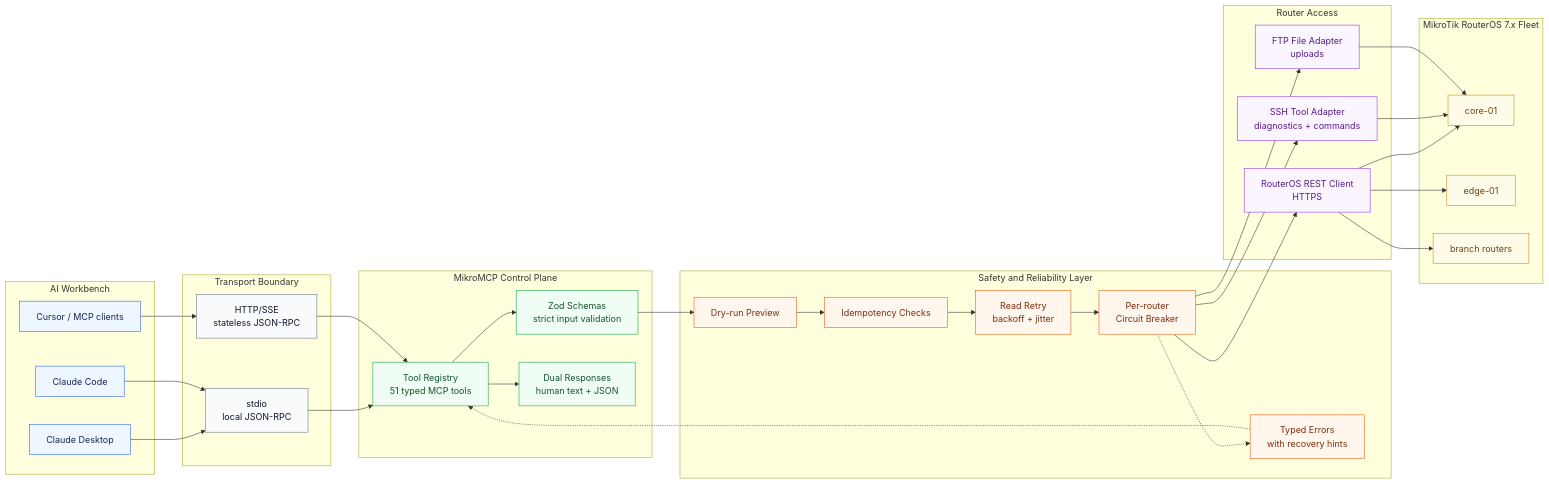
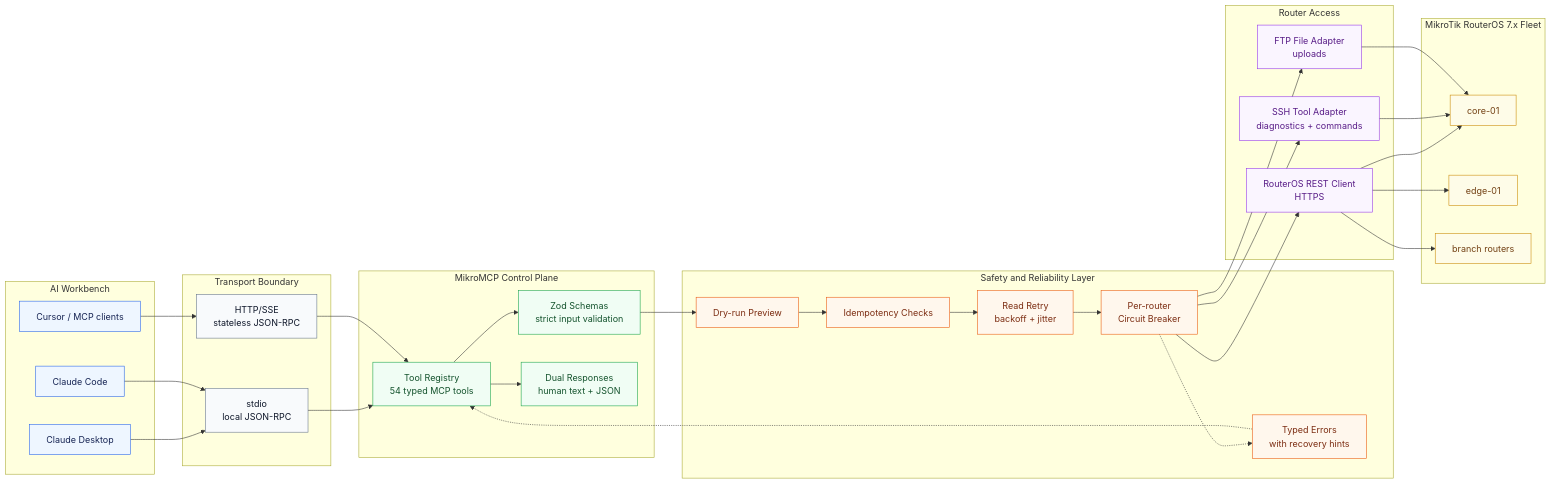
Before and after one commit to AliKarami/MikroMCP: the first of 3 diagrams in README.md, drawn with Mermaid. The commit also changed other lines of this file and 2 other files, not shown here.

Commit message:
feat(v0.8): wire change-management tools into allTools; flip v0.8 ✅ in docs

````diff
--- a/README.md
+++ b/README.md
@@ -50,70 +50,70 @@
 ```mermaid
 flowchart LR
     subgraph Workbench["AI Workbench"]
         ClaudeDesktop["Claude Desktop"]
         ClaudeCode["Claude Code"]
         Cursor["Cursor / MCP clients"]
     end
 
     subgraph Transport["Transport Boundary"]
         Stdio["stdio<br/>local JSON-RPC"]
         Http["HTTP/SSE<br/>stateless JSON-RPC"]
     end
 
     subgraph MikroMCP["MikroMCP Control Plane"]
-        Registry["Tool Registry<br/>51 typed MCP tools"]
+        Registry["Tool Registry<br/>54 typed MCP tools"]
         Schemas["Zod Schemas<br/>strict input validation"]
         Formatter["Dual Responses<br/>human text + JSON"]
     end
 
     subgraph Safety["Safety and Reliability Layer"]
         DryRun["Dry-run Preview"]
         Idempotency["Idempotency Checks"]
         Retry["Read Retry<br/>backoff + jitter"]
         Breaker["Per-router<br/>Circuit Breaker"]
         Errors["Typed Errors<br/>with recovery hints"]
     end
 
     subgraph Adapters["Router Access"]
         Rest["RouterOS REST Client<br/>HTTPS"]
         Ssh["SSH Tool Adapter<br/>diagnostics + commands"]
         Ftp["FTP File Adapter<br/>uploads"]
     end
 
     subgraph Fleet["MikroTik RouterOS 7.x Fleet"]
         Core["core-01"]
         Edge["edge-01"]
         Branch["branch routers"]
     end
 
     ClaudeDesktop --> Stdio
     ClaudeCode --> Stdio
     Cursor --> Http
     Stdio --> Registry
     Http --> Registry
     Registry --> Schemas --> DryRun --> Idempotency --> Retry --> Breaker --> Rest
     Registry --> Formatter
     Breaker --> Ssh
     Breaker --> Ftp
     Rest --> Core
     Rest --> Edge
     Rest --> Branch
     Ssh --> Core
     Ftp --> Core
     Errors -.-> Registry
     Breaker -.-> Errors
 
     classDef client fill:#eef6ff,stroke:#2563eb,color:#172554,stroke-width:1px;
     classDef transport fill:#f8fafc,stroke:#64748b,color:#0f172a,stroke-width:1px;
     classDef core fill:#f0fdf4,stroke:#16a34a,color:#14532d,stroke-width:1px;
     classDef safety fill:#fff7ed,stroke:#ea580c,color:#7c2d12,stroke-width:1px;
     classDef adapter fill:#faf5ff,stroke:#9333ea,color:#581c87,stroke-width:1px;
     classDef router fill:#fefce8,stroke:#ca8a04,color:#713f12,stroke-width:1px;
 
     class ClaudeDesktop,ClaudeCode,Cursor client;
     class Stdio,Http transport;
     class Registry,Schemas,Formatter core;
     class DryRun,Idempotency,Retry,Breaker,Errors safety;
     class Rest,Ssh,Ftp adapter;
     class Core,Edge,Branch router;
 ```
````
